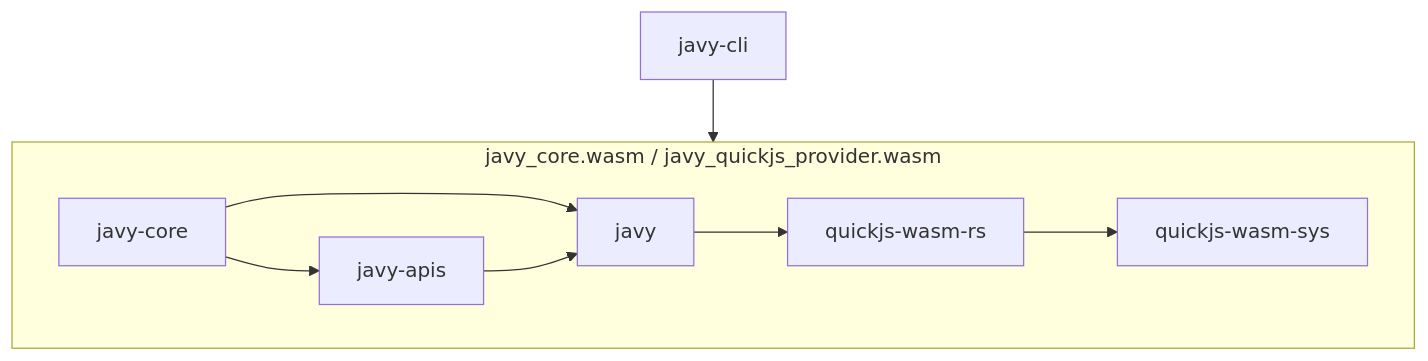
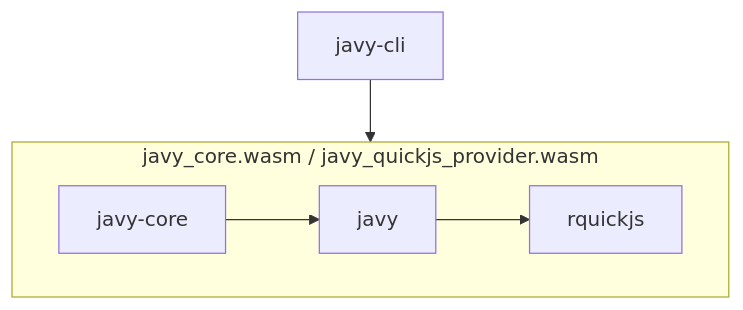
The diagram in docs/contributing-architecture.md (bytecodealliance/javy), drawn with Mermaid before and after one commit. The commit also changed other lines of this file and 7 other files, not shown here.

````diff
--- a/docs/contributing-architecture.md
+++ b/docs/contributing-architecture.md
@@ -7,11 +7,8 @@
 ```mermaid
 flowchart TD
   javy-cli --> wasm
   subgraph wasm[javy_core.wasm / javy_quickjs_provider.wasm]
   javy-core --> javy
-  javy-core --> javy-apis
-  javy-apis --> javy
-  javy --> quickjs-wasm-rs
-  quickjs-wasm-rs --> quickjs-wasm-sys
+  javy --> rquickjs
   end
 ```
````
